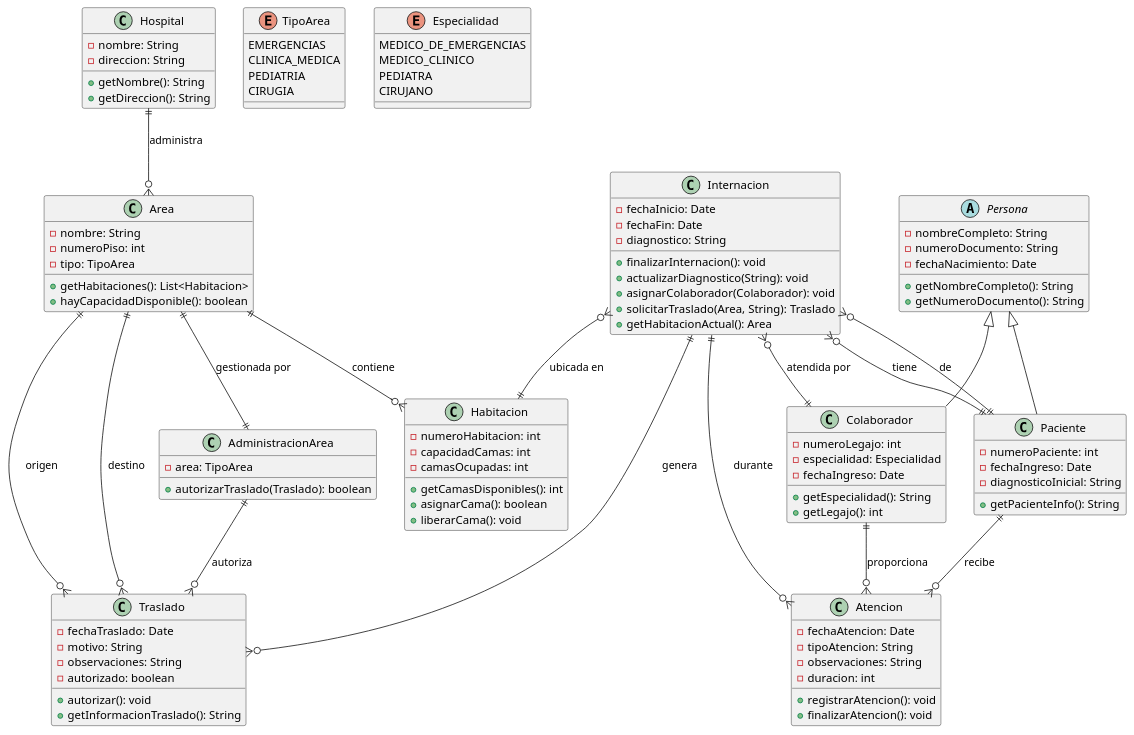
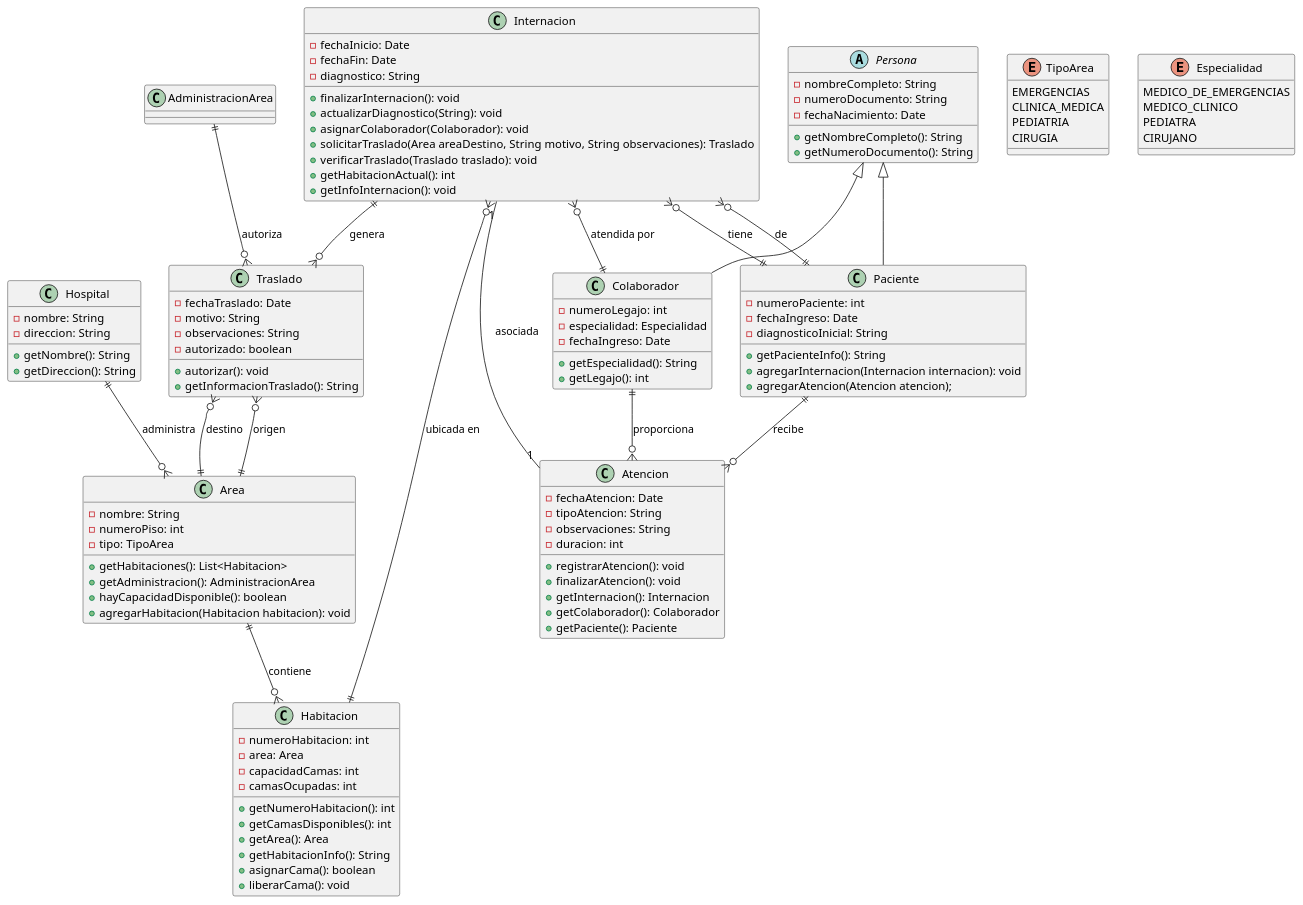
One commit to Tobias027/PartePracticaParcial1 changed the diagram in SistemaGestionHospitalaria.puml. Above: the diagram before and after it, drawn with PlantUML. The commit also changed 10 other files, not shown here.

```diff
--- a/SistemaGestionHospitalaria.puml
+++ b/SistemaGestionHospitalaria.puml
@@ -1,114 +1,121 @@
 @startuml
 class Hospital {
     -nombre: String
     -direccion: String
     +getNombre(): String
     +getDireccion(): String
 }
 
 class Area {
     -nombre: String
     -numeroPiso: int
     -tipo: TipoArea
     +getHabitaciones(): List<Habitacion>
+    +getAdministracion(): AdministracionArea
     +hayCapacidadDisponible(): boolean
-}
-
-class AdministracionArea {
-    -area: TipoArea
-    +autorizarTraslado(Traslado): boolean
+    +agregarHabitacion(Habitacion habitacion): void
 }
 
 class Habitacion {
     -numeroHabitacion: int
+    -area: Area
     -capacidadCamas: int
     -camasOcupadas: int
+    +getNumeroHabitacion(): int
     +getCamasDisponibles(): int
+    +getArea(): Area
+    +getHabitacionInfo(): String
     +asignarCama(): boolean
     +liberarCama(): void
 }
 
 abstract class Persona {
     -nombreCompleto: String
     -numeroDocumento: String
     -fechaNacimiento: Date
     +getNombreCompleto(): String
     +getNumeroDocumento(): String
 }
 
 class Paciente extends Persona {
     -numeroPaciente: int
     -fechaIngreso: Date
     -diagnosticoInicial: String
     +getPacienteInfo(): String
+    +agregarInternacion(Internacion internacion): void
+    +agregarAtencion(Atencion atencion);
 }
 
 class Colaborador extends Persona {
     -numeroLegajo: int
     -especialidad: Especialidad
     -fechaIngreso: Date
     +getEspecialidad(): String
     +getLegajo(): int
 }
 
 class Internacion {
     -fechaInicio: Date
     -fechaFin: Date
     -diagnostico: String
     +finalizarInternacion(): void
     +actualizarDiagnostico(String): void
     +asignarColaborador(Colaborador): void
-    +solicitarTraslado(Area, String): Traslado
-    +getHabitacionActual(): Area
+    +solicitarTraslado(Area areaDestino, String motivo, String observaciones): Traslado
+    +verificarTraslado(Traslado traslado): void
+    +getHabitacionActual(): int
+    +getInfoInternacion(): void
 }
 
 class Traslado {
     -fechaTraslado: Date
     -motivo: String
     -observaciones: String
     -autorizado: boolean
     +autorizar(): void
     +getInformacionTraslado(): String
 }
 
 class Atencion {
     -fechaAtencion: Date
     -tipoAtencion: String
     -observaciones: String
     -duracion: int
     +registrarAtencion(): void
     +finalizarAtencion(): void
+    +getInternacion(): Internacion
+    +getColaborador(): Colaborador
+    +getPaciente(): Paciente
 }
 
 enum TipoArea {
     EMERGENCIAS
     CLINICA_MEDICA
     PEDIATRIA
     CIRUGIA
 }
 
 enum Especialidad {
     MEDICO_DE_EMERGENCIAS
     MEDICO_CLINICO
     PEDIATRA
     CIRUJANO
 }
 
 
 ' Relaciones mejoradas
 Hospital ||--o{ Area : "administra"
 Area ||--o{ Habitacion : "contiene"
-Area ||--|| AdministracionArea : "gestionada por"
 Paciente ||--o{ Internacion : "tiene"
 Internacion }o--|| Paciente : "de"
 Internacion }o--|| Colaborador : "atendida por"
 Internacion }o--|| Habitacion : "ubicada en"
 Internacion ||--o{ Traslado : "genera"
 Traslado }o--|| Area : "origen"
 Traslado }o--|| Area : "destino"
 AdministracionArea ||--o{ Traslado : "autoriza"
 Colaborador ||--o{ Atencion : "proporciona"
 Paciente ||--o{ Atencion : "recibe"
-Atencion }o--|| Internacion : "durante"
+Atencion "1" -- "1" Internacion : asociada
 
 @enduml
```
